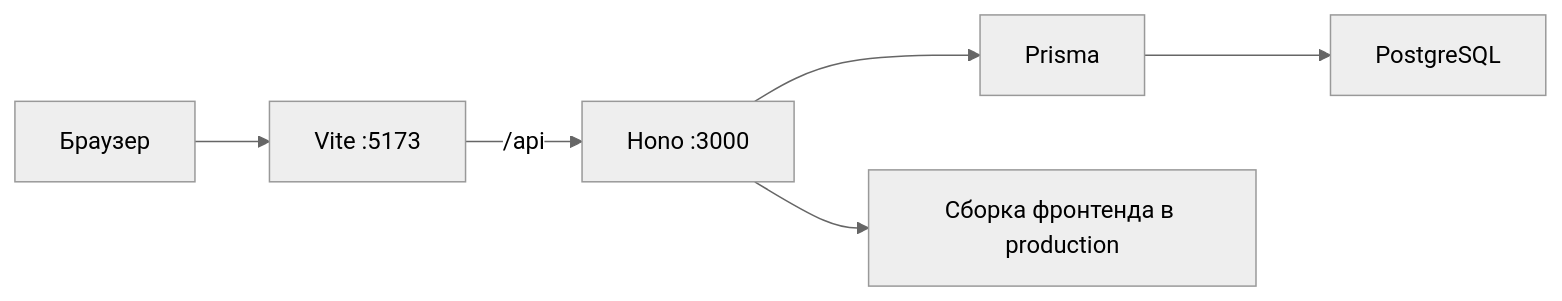
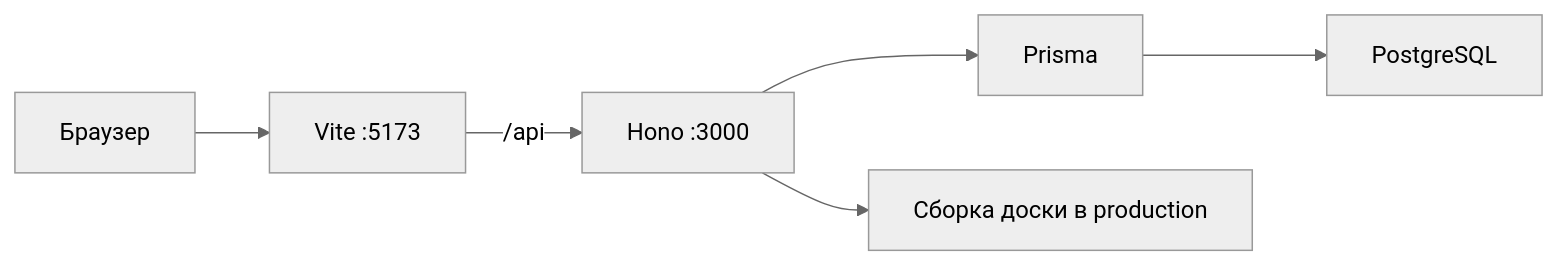
The diagram in README.md (just05me/mind-map), drawn with Mermaid (neutral theme) before and after one commit. The commit also changed other lines of this file and 13 other files, not shown here.

````diff
--- a/README.md
+++ b/README.md
@@ -96,8 +96,8 @@
 ```mermaid
 flowchart LR
   browser["Браузер"] --> vite["Vite :5173"]
   vite -->|"/api"| hono["Hono :3000"]
   hono --> prisma["Prisma"]
   prisma --> pg["PostgreSQL"]
-  hono --> dist["Сборка фронтенда в production"]
+  hono --> dist["Сборка доски в production"]
 ```
````
